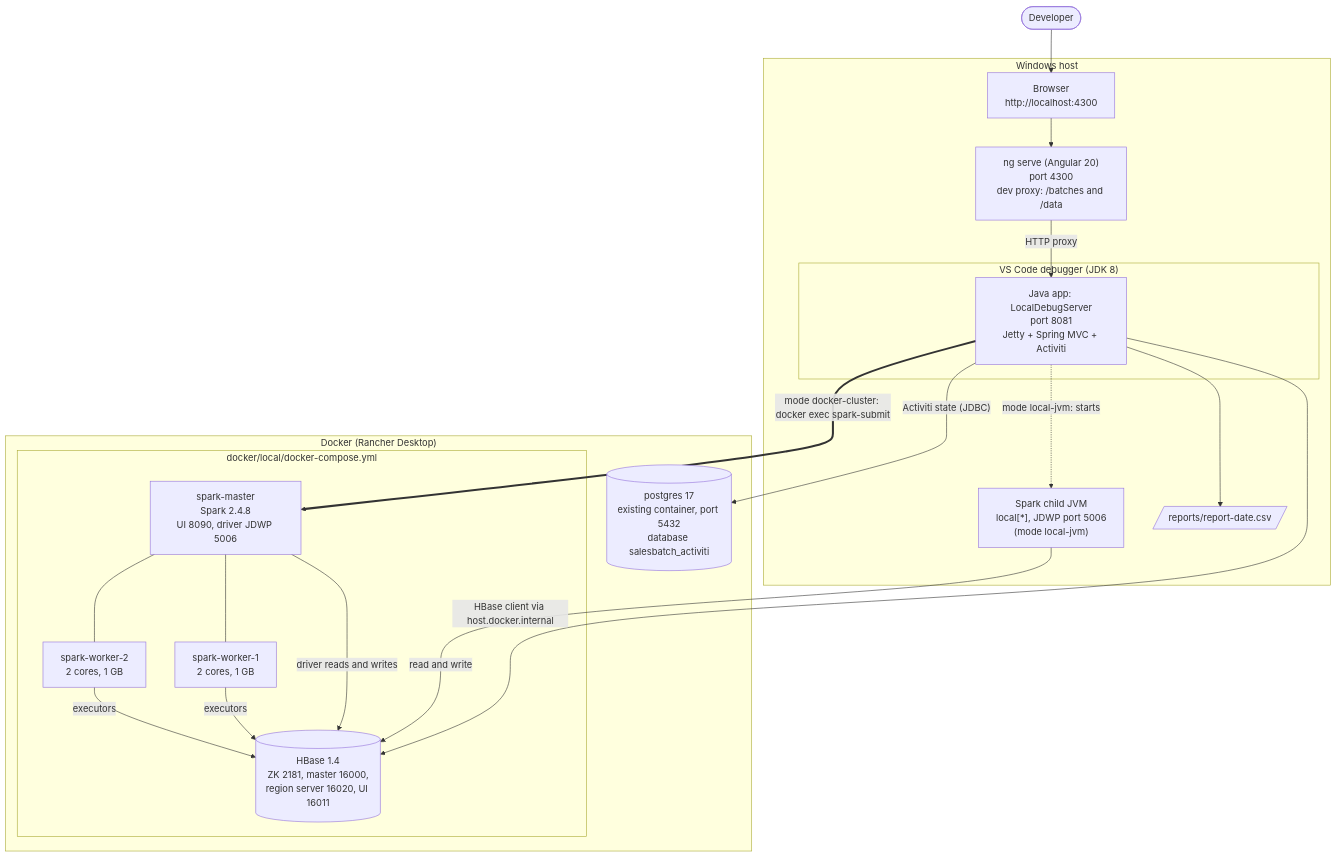
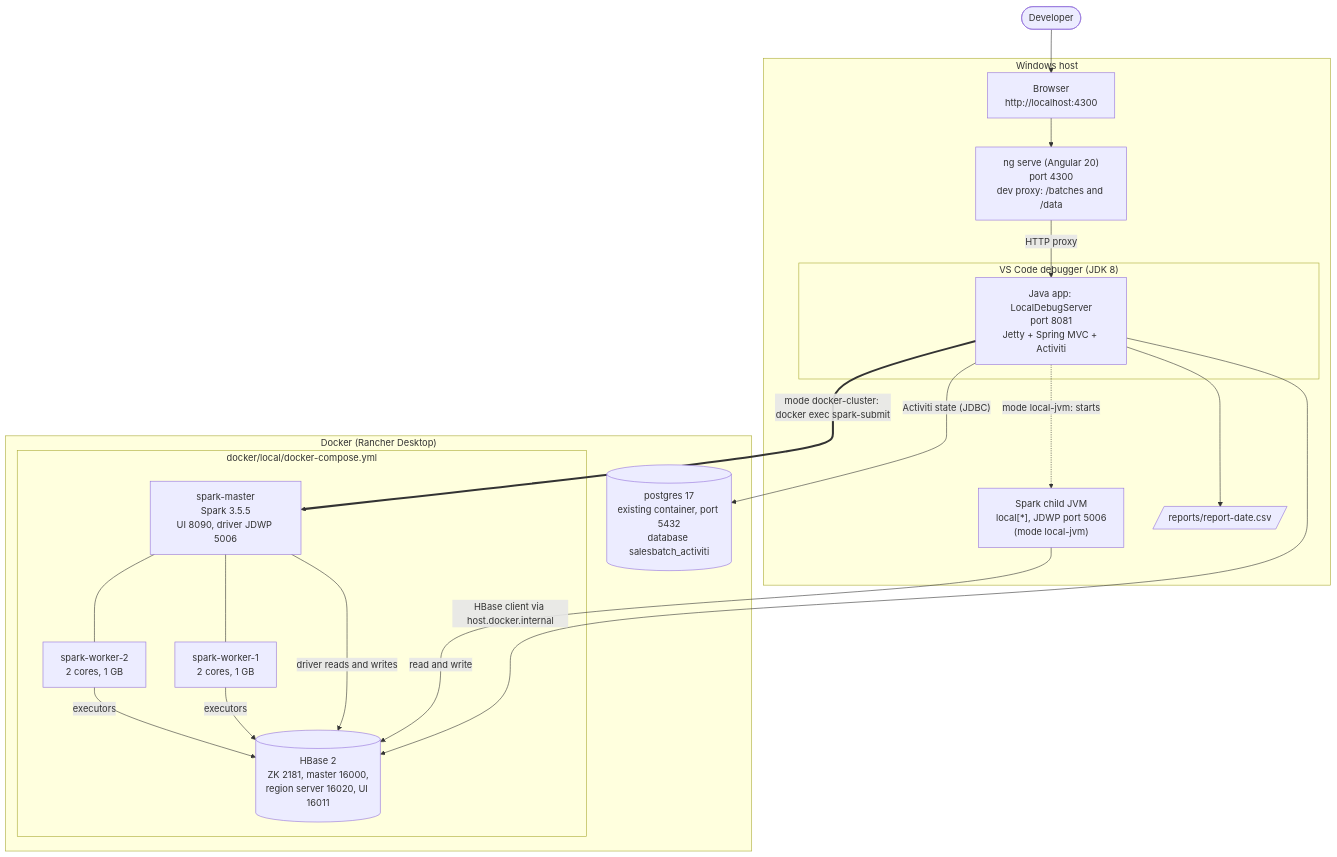
The first of 10 diagrams in latest-ARCHITECTURE.md (ankursingh119/javapoc1.8), drawn with Mermaid before and after one commit. The commit also changed other lines of this file and 7 other files, not shown here.

Commit message:
SBJ17-14: Build - documents and diagrams name today's versions and the move off EMR 5.36

````diff
--- a/latest-ARCHITECTURE.md
+++ b/latest-ARCHITECTURE.md
@@ -30,38 +34,38 @@
 ```mermaid
 flowchart TB
     USER(["Developer"])
 
     subgraph HOST["Windows host"]
         BROWSER["Browser<br/>http://localhost:4300"]
         NG["ng serve (Angular 20)<br/>port 4300<br/>dev proxy: /batches and /data"]
         subgraph VSC["VS Code debugger (JDK 8)"]
             APP["Java app: LocalDebugServer<br/>port 8081<br/>Jetty + Spring MVC + Activiti"]
         end
         CHILD["Spark child JVM<br/>local[*], JDWP port 5006<br/>(mode local-jvm)"]
         REPORTS[/"reports/report-date.csv"/]
     end
 
     subgraph DOCKER["Docker (Rancher Desktop)"]
         subgraph STACK["docker/local/docker-compose.yml"]
-            HB[("HBase 1.4<br/>ZK 2181, master 16000,<br/>region server 16020, UI 16011")]
-            SM["spark-master<br/>Spark 2.4.8<br/>UI 8090, driver JDWP 5006"]
+            HB[("HBase 2<br/>ZK 2181, master 16000,<br/>region server 16020, UI 16011")]
+            SM["spark-master<br/>Spark 3.5.5<br/>UI 8090, driver JDWP 5006"]
             SW1["spark-worker-1<br/>2 cores, 1 GB"]
             SW2["spark-worker-2<br/>2 cores, 1 GB"]
         end
         PG[("postgres 17<br/>existing container, port 5432<br/>database salesbatch_activiti")]
     end
 
     USER --> BROWSER --> NG
     NG -->|"HTTP proxy"| APP
     APP -->|"HBase client via host.docker.internal"| HB
     APP -->|"Activiti state (JDBC)"| PG
     APP -.->|"mode local-jvm: starts"| CHILD
     APP ==>|"mode docker-cluster: docker exec spark-submit"| SM
     SM --- SW1
     SM --- SW2
     CHILD -->|"read and write"| HB
     SM -->|"driver reads and writes"| HB
     SW1 -->|"executors"| HB
     SW2 -->|"executors"| HB
     APP --> REPORTS
 ```
````
